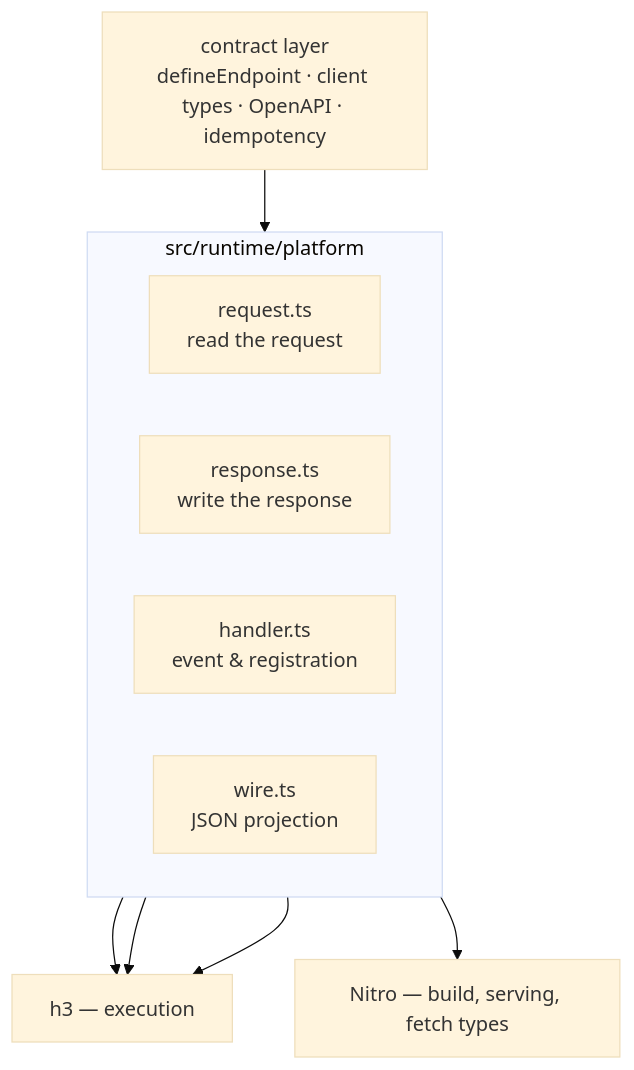
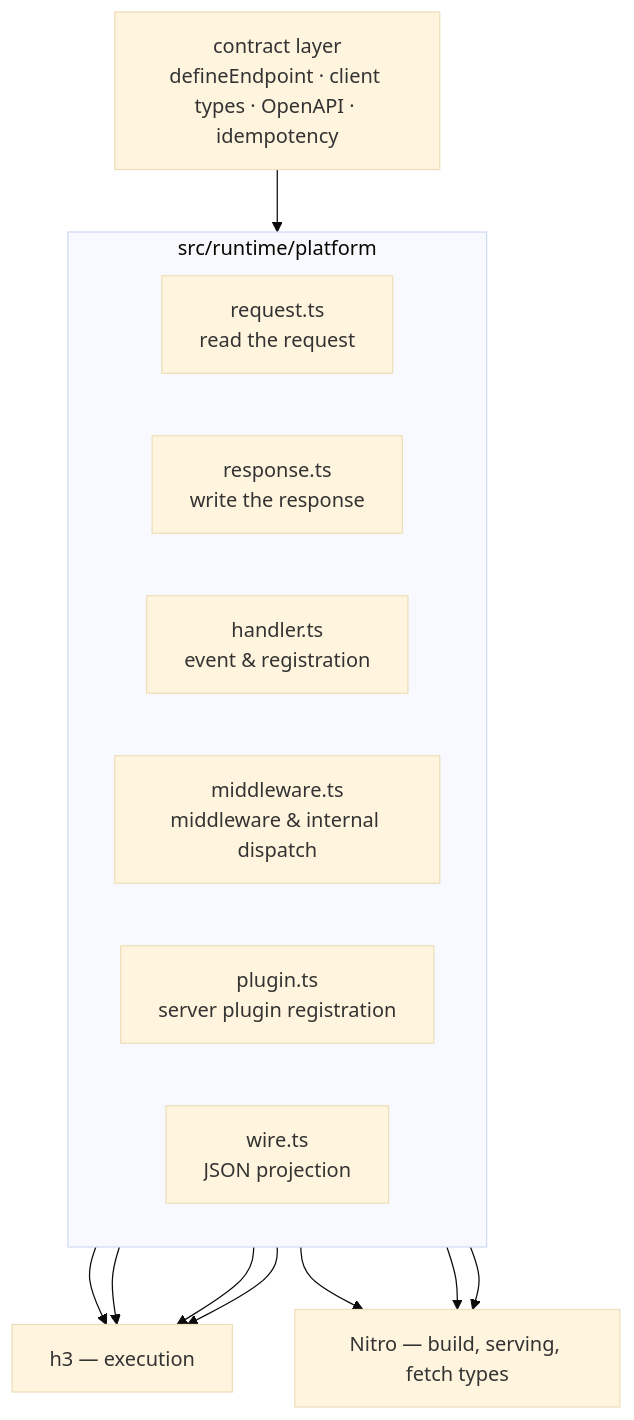
The diagram in src/runtime/platform/README.md (nuxt-endpoints/nuxt-endpoints), drawn with Mermaid (base theme) before and after one commit. The commit also changed other lines of this file and 120 other files, not shown here.

````diff
--- a/src/runtime/platform/README.md
+++ b/src/runtime/platform/README.md
@@ -14,19 +12,24 @@
 ```mermaid
 flowchart TB
     contract["contract layer<br/>defineEndpoint · client types · OpenAPI · idempotency"]
     subgraph seam["src/runtime/platform"]
         direction LR
         request["request.ts<br/>read the request"]
         response["response.ts<br/>write the response"]
         handler["handler.ts<br/>event & registration"]
+        middleware["middleware.ts<br/>middleware & internal dispatch"]
+        plugin["plugin.ts<br/>server plugin registration"]
         wire["wire.ts<br/>JSON projection"]
     end
     h3["h3 — execution"]
     nitro["Nitro — build, serving, fetch types"]
 
     contract --> seam
     request --> h3
     response --> h3
     handler --> h3
+    middleware --> h3
+    middleware --> nitro
+    plugin --> nitro
     wire --> nitro
 ```
````
